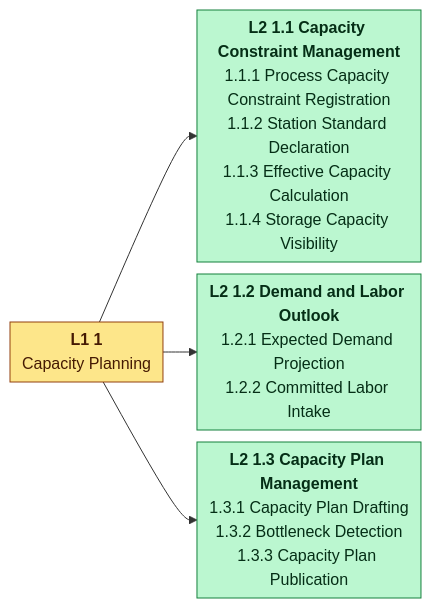
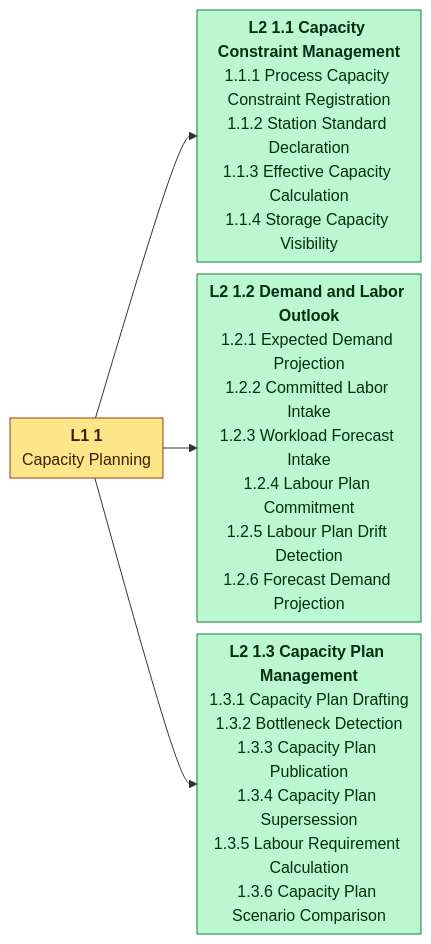
The second of 15 diagrams in docs/business-capability-architecture/capability-map.md (IQVO/warehouse-docs), drawn with Mermaid before and after one commit. The commit also changed other lines of this file and 4 other files, not shown here.

````diff
--- a/docs/business-capability-architecture/capability-map.md
+++ b/docs/business-capability-architecture/capability-map.md
@@ -118,26 +118,26 @@
 ```mermaid
 %%{init: {"flowchart": {"nodeSpacing": 12, "rankSpacing": 34, "padding": 6}}}%%
 flowchart LR
     L1["<b>L1 1</b><br/>Capacity Planning"]
     N1_1["<b>L2 1.1 Capacity Constraint Management</b><br/>1.1.1 Process Capacity Constraint Registration<br/>1.1.2 Station Standard Declaration<br/>1.1.3 Effective Capacity Calculation<br/>1.1.4 Storage Capacity Visibility"]
     L1 --> N1_1
     class N1_1 impl
-    N1_2["<b>L2 1.2 Demand and Labor Outlook</b><br/>1.2.1 Expected Demand Projection<br/>1.2.2 Committed Labor Intake"]
+    N1_2["<b>L2 1.2 Demand and Labor Outlook</b><br/>1.2.1 Expected Demand Projection<br/>1.2.2 Committed Labor Intake<br/>1.2.3 Workload Forecast Intake<br/>1.2.4 Labour Plan Commitment<br/>1.2.5 Labour Plan Drift Detection<br/>1.2.6 Forecast Demand Projection"]
     L1 --> N1_2
     class N1_2 impl
-    N1_3["<b>L2 1.3 Capacity Plan Management</b><br/>1.3.1 Capacity Plan Drafting<br/>1.3.2 Bottleneck Detection<br/>1.3.3 Capacity Plan Publication"]
+    N1_3["<b>L2 1.3 Capacity Plan Management</b><br/>1.3.1 Capacity Plan Drafting<br/>1.3.2 Bottleneck Detection<br/>1.3.3 Capacity Plan Publication<br/>1.3.4 Capacity Plan Supersession<br/>1.3.5 Labour Requirement Calculation<br/>1.3.6 Capacity Plan Scenario Comparison"]
     L1 --> N1_3
     class N1_3 impl
     class L1 strategic
     classDef strategic fill:#fde68a,stroke:#92400e,color:#451a03
     classDef core fill:#bfdbfe,stroke:#1e3a8a,color:#172554
     classDef supporting fill:#ccfbf1,stroke:#0f766e,color:#042f2e
     classDef impl fill:#bbf7d0,stroke:#15803d,color:#052e16
     classDef partial fill:#fef08a,stroke:#a16207,color:#422006
     classDef gap fill:#fae8ff,stroke:#86198f,color:#4a044e,stroke-dasharray: 4 3
     classDef dddcore fill:#1e3a8a,stroke:#172554,color:#ffffff
     classDef dddsupporting fill:#0f766e,stroke:#042f2e,color:#ffffff
     classDef dddgeneric fill:#475569,stroke:#1e293b,color:#ffffff
     classDef dddmixed fill:#e2e8f0,stroke:#475569,color:#0f172a
     classDef stage fill:#f1f5f9,stroke:#334155,color:#0f172a
 ```
````
